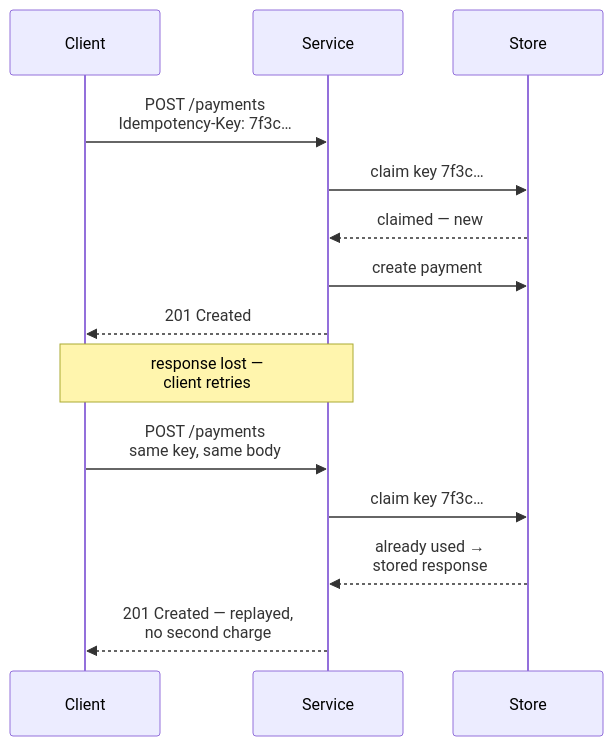
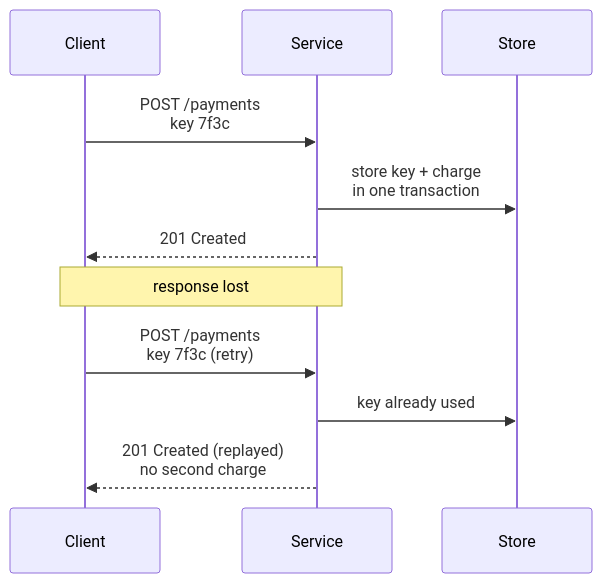
One commit to kc3222/EngineeringHandbook changed the first of 2 diagrams in content/track-2-backend/05-rest-api-design/03-http-semantics.md. Above: the diagram before and after it, drawn with Mermaid. The commit also changed other lines of this file and 21 other files, not shown here.

````diff
--- a/content/track-2-backend/05-rest-api-design/03-http-semantics.md
+++ b/content/track-2-backend/05-rest-api-design/03-http-semantics.md
@@ -51,16 +51,13 @@
 ```mermaid
 sequenceDiagram
   participant C as Client
   participant S as Service
   participant D as Store
-  C->>S: POST /payments<br/>Idempotency-Key: 7f3c…
-  S->>D: claim key 7f3c…
-  D-->>S: claimed — new
-  S->>D: create payment
+  C->>S: POST /payments<br/>key 7f3c
+  S->>D: store key + charge<br/>in one transaction
   S-->>C: 201 Created
-  Note over C,S: response lost —<br/>client retries
-  C->>S: POST /payments<br/>same key, same body
-  S->>D: claim key 7f3c…
-  D-->>S: already used →<br/>stored response
-  S-->>C: 201 Created — replayed,<br/>no second charge
+  Note over C,S: response lost
+  C->>S: POST /payments<br/>key 7f3c (retry)
+  S->>D: key already used
+  S-->>C: 201 Created (replayed)<br/>no second charge
 ```
````
